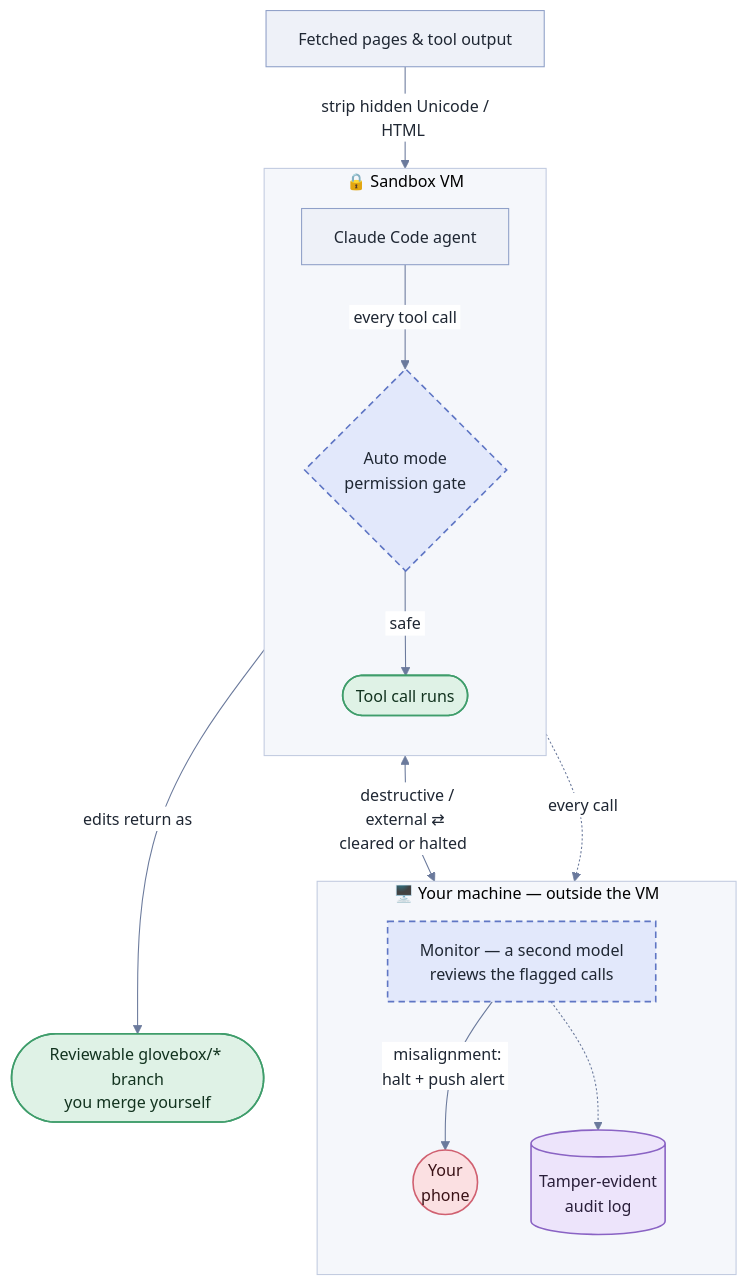
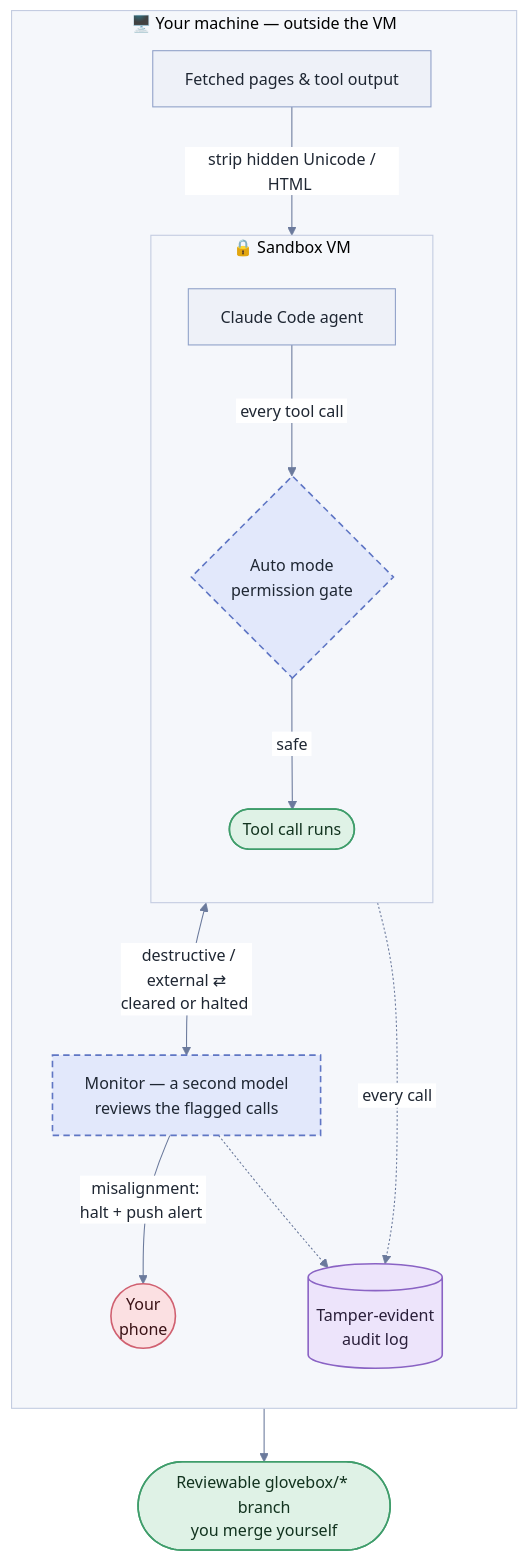
Before and after one commit to alexander-turner/TurnTrout.com: the diagram in quartz/plugins/transformers/.readme-snapshots/alexander-turner__claude-guard__main__README.md, drawn with Mermaid. The commit also changed other lines of this file, not shown here.

Commit message:
chore(readmes): refresh external README snapshots

````diff
--- a/quartz/plugins/transformers/.readme-snapshots/alexander-turner__claude-guard__main__README.md
+++ b/quartz/plugins/transformers/.readme-snapshots/alexander-turner__claude-guard__main__README.md
@@ -105,48 +105,47 @@
 ```mermaid
 %%{init: {'theme':'base','themeVariables':{
   'fontSize':'15px',
   'primaryColor':'#eef1f8',
   'primaryTextColor':'#1f2733',
   'primaryBorderColor':'#8fa0c8',
   'lineColor':'#6b7a9c',
   'clusterBkg':'#f5f7fb',
   'clusterBorder':'#c2cbe0',
   'edgeLabelBackground':'#ffffff'
 }, 'themeCSS': '.node .label, .node .label foreignObject, .node .nodeLabel { overflow: visible; }'}}%%
 flowchart TB
-    IN["Fetched pages &amp; tool output"]
-
-    subgraph VM["🔒 Sandbox VM"]
-        direction TB
-        AGENT["Claude Code agent"]
-        AUTO{"Auto mode<br/>permission gate"}
-        RUN(["Tool call runs"])
-    end
-
     subgraph HOST["🖥️ Your machine — outside the VM"]
         direction TB
+        IN["Fetched pages &amp; tool output"]
         MON["Monitor — a second model<br/>reviews the flagged calls"]
         AUDIT[("Tamper-evident<br/>audit log")]
         PHONE(("Your<br/>phone"))
+
+        subgraph VM["🔒 Sandbox VM"]
+            direction TB
+            AGENT["Claude Code agent"]
+            AUTO{"Auto mode<br/>permission gate"}
+            RUN(["Tool call runs"])
+        end
     end
 
     BRANCH(["Reviewable glovebox/* branch<br/>you merge yourself"])
 
-    IN -->|"&nbsp;strip hidden Unicode / HTML&nbsp;"| VM
+    IN -->|"&nbsp;strip hidden Unicode / HTML&nbsp;"| AGENT
     AGENT -->|"&nbsp;every tool call&nbsp;"| AUTO
     AUTO -->|"&nbsp;safe&nbsp;"| RUN
     AUTO <-->|"&nbsp;destructive /<br/>external ⇄<br/>cleared or halted&nbsp;"| MON
     MON -->|"&nbsp;misalignment:<br/>halt + push alert&nbsp;"| PHONE
     AUTO -.->|"&nbsp;every call&nbsp;"| AUDIT
     MON -.-> AUDIT
-    RUN -->|"&nbsp;edits return as&nbsp;"| BRANCH
+    RUN --> BRANCH
 
     classDef filter fill:#e2e8fb,stroke:#5f76c4,stroke-width:1.5px,stroke-dasharray:6 4,color:#1f2733
     classDef safe fill:#dff2e6,stroke:#3f9d6b,stroke-width:1.5px,color:#12331f
     classDef store fill:#ede4fb,stroke:#8a63c4,stroke-width:1.5px,color:#2a1f3a
     classDef alert fill:#fbe0e2,stroke:#d06070,stroke-width:1.5px,color:#3a1216
     class AUTO,MON filter
     class RUN,BRANCH safe
     class AUDIT store
     class PHONE alert
 ```
````
